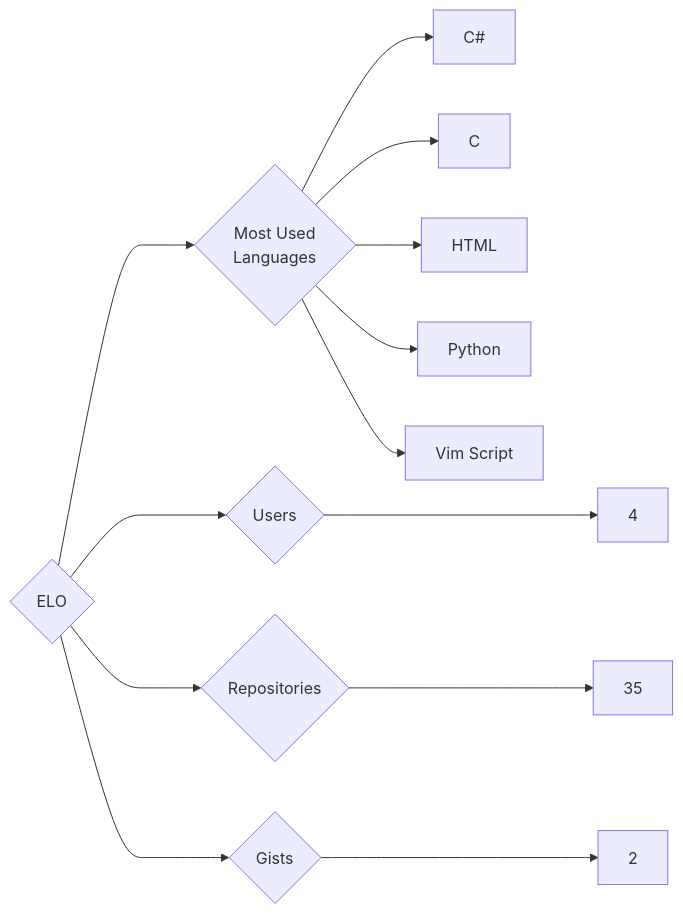
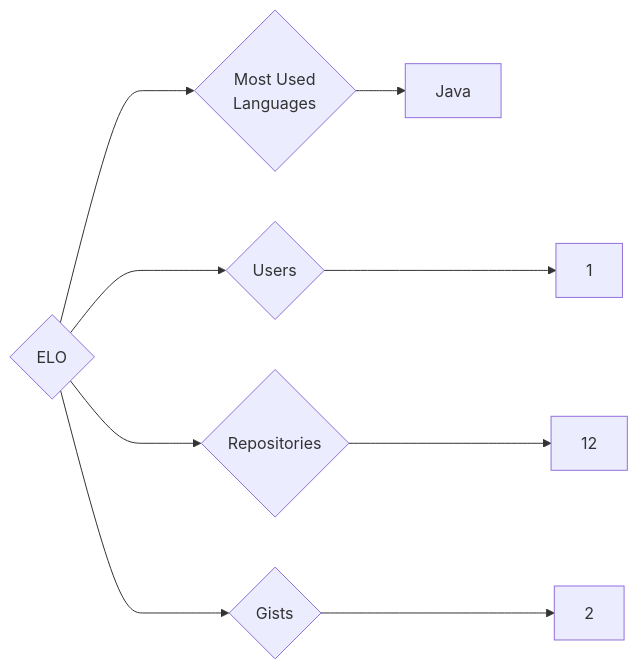
The diagram in targets/ELO/README.md (trickest/insiders), drawn with Mermaid before and after one commit. The commit also changed 985 other files, not shown here.

````diff
--- a/targets/ELO/README.md
+++ b/targets/ELO/README.md
@@ -3,13 +3,9 @@
 ```mermaid
 graph LR
 COMPANY_NAME{ELO}
-COMPANY_NAME ---> U{Users} ---> UN[4]
-COMPANY_NAME ---> R{Repositories} ---> RN[35]
+COMPANY_NAME ---> U{Users} ---> UN[1]
+COMPANY_NAME ---> R{Repositories} ---> RN[12]
 COMPANY_NAME ---> G{Gists} ---> GN[2]
 COMPANY_NAME ---> ML{Most Used<br>Languages}
-ML --> C#[C#]
-ML --> C[C]
-ML --> HTML[HTML]
-ML --> Python[Python]
-ML --> Vim_Script[Vim Script]
+ML --> Java[Java]
 ```
````
